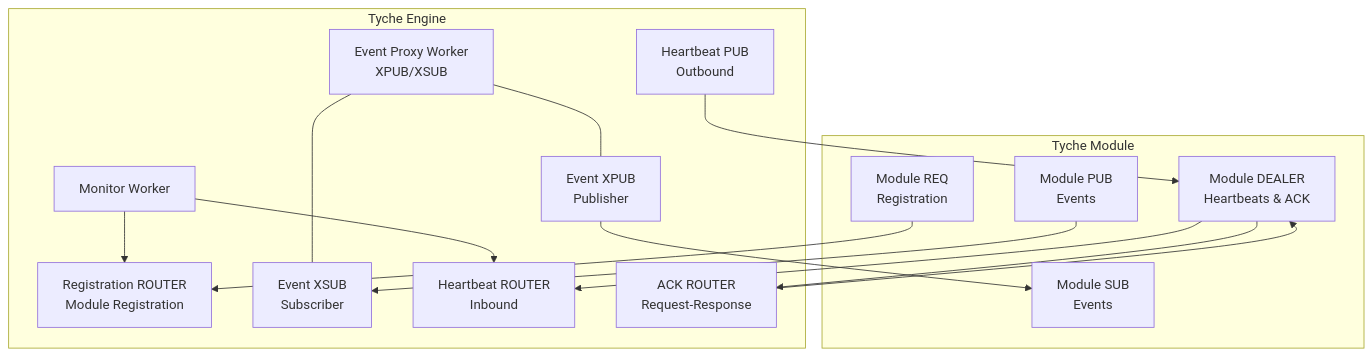
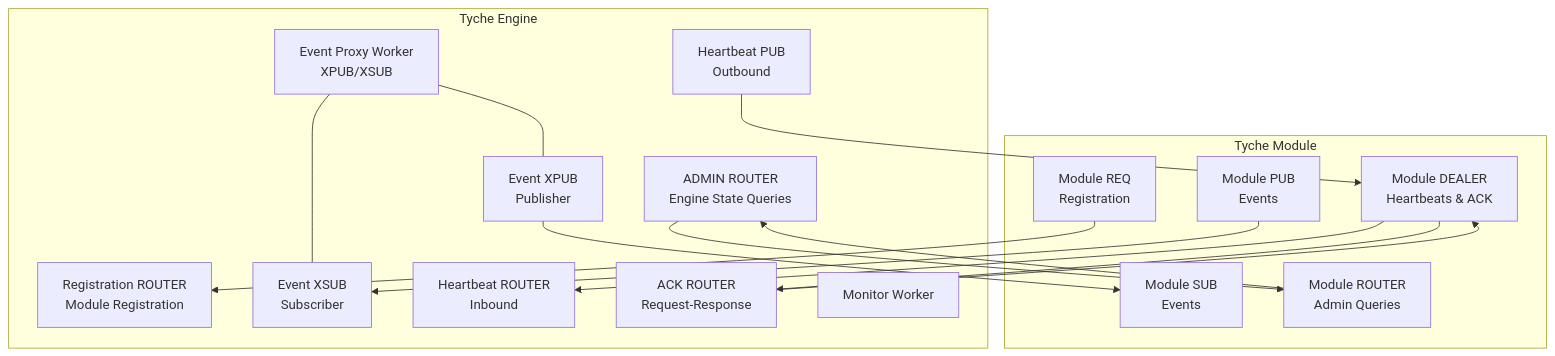
One commit to zt281/TycheEngine changed the first of 8 diagrams in .qoder/repowiki/en/content/Communication Patterns/Communication Patterns.md. Above: the diagram before and after it, drawn with Mermaid. The commit also changed other lines of this file and 34 other files, not shown here.

````diff
--- a/.qoder/repowiki/en/content/Communication Patterns/Communication Patterns.md
+++ b/.qoder/repowiki/en/content/Communication Patterns/Communication Patterns.md
@@ -57,30 +61,32 @@
 ```mermaid
 graph TB
 subgraph "Tyche Engine"
 REG["Registration ROUTER<br/>Module Registration"]
 XPUB["Event XPUB<br/>Publisher"]
 XSUB["Event XSUB<br/>Subscriber"]
 HB_OUT["Heartbeat PUB<br/>Outbound"]
 HB_IN["Heartbeat ROUTER<br/>Inbound"]
 ACK_ROUTER["ACK ROUTER<br/>Request-Response"]
+ADMIN_ROUTER["ADMIN ROUTER<br/>Engine State Queries"]
 MON["Monitor Worker"]
 PROXY["Event Proxy Worker<br/>XPUB/XSUB"]
 end
 subgraph "Tyche Module"
 MOD_REQ["Module REQ<br/>Registration"]
 MOD_PUB["Module PUB<br/>Events"]
 MOD_SUB["Module SUB<br/>Events"]
 MOD_DEALER["Module DEALER<br/>Heartbeats & ACK"]
+MOD_ADMIN["Module ROUTER<br/>Admin Queries"]
 end
 MOD_REQ --> REG
 MOD_PUB --> XSUB
 XPUB --> MOD_SUB
 MOD_DEALER --> HB_IN
 HB_OUT --> MOD_DEALER
 MOD_DEALER --> ACK_ROUTER
 ACK_ROUTER --> MOD_DEALER
+MOD_ADMIN --> ADMIN_ROUTER
+ADMIN_ROUTER --> MOD_ADMIN
 PROXY --- XPUB
 PROXY --- XSUB
-MON --> REG
-MON --> HB_IN
 ```
````
